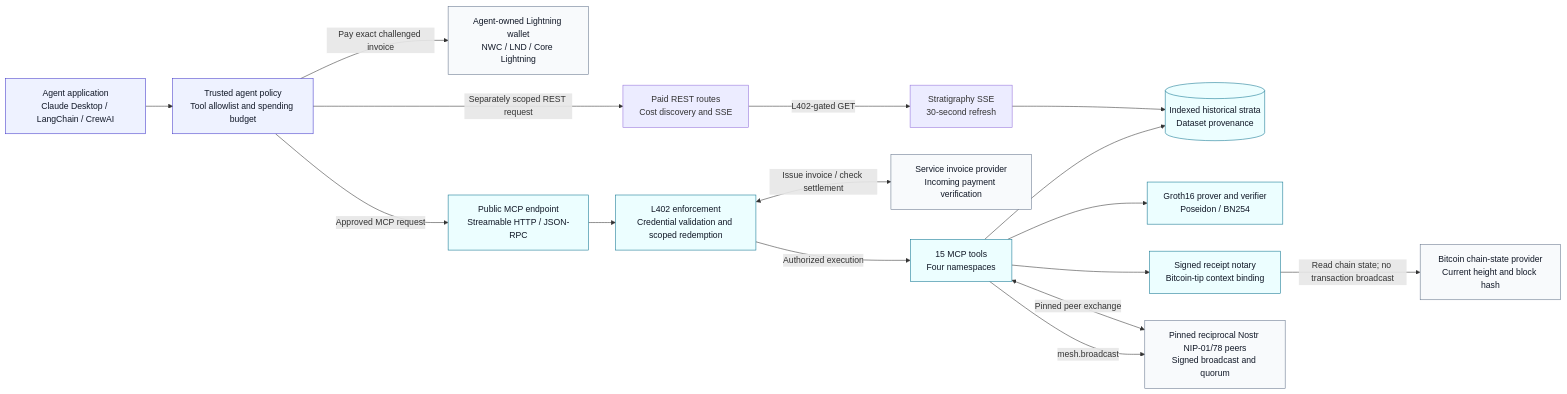
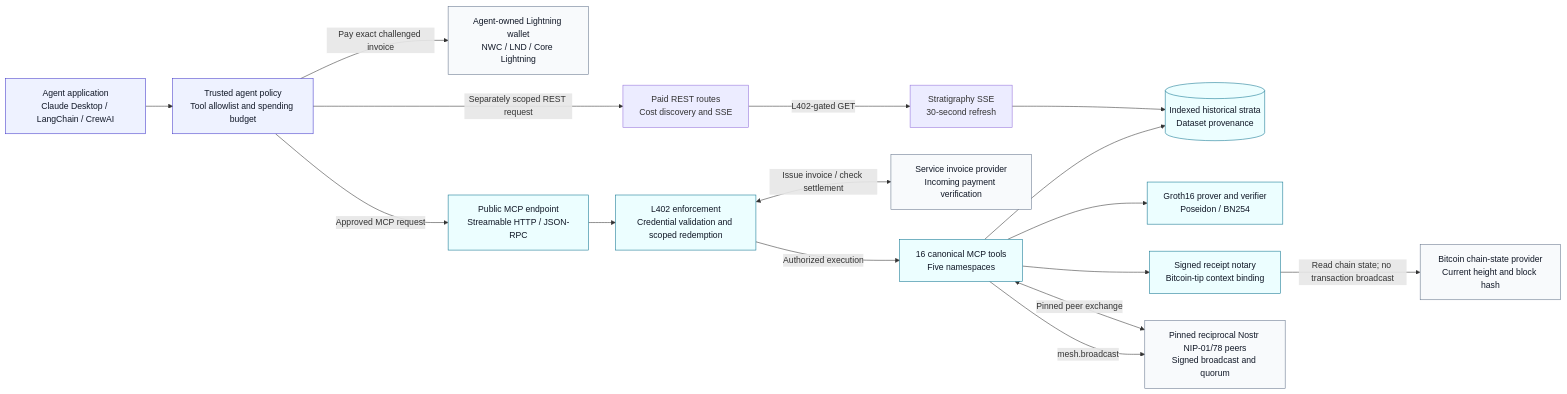
One commit to CharlesStrogish/bitcoin-stratigraphy-mcp changed the first of 4 diagrams in docs/ARCHITECTURE.md. Above: the diagram before and after it, drawn with Mermaid. The commit also changed other lines of this file and 9 other files, not shown here.

Commit message:
Document 16-tool enterprise MCP architecture and security upgrades

````diff
--- a/docs/ARCHITECTURE.md
+++ b/docs/ARCHITECTURE.md
@@ -48,40 +48,40 @@
 ```mermaid
 flowchart LR
     Agent["Agent application<br/>Claude Desktop / LangChain / CrewAI"]
     Policy["Trusted agent policy<br/>Tool allowlist and spending budget"]
     Payer["Agent-owned Lightning wallet<br/>NWC / LND / Core Lightning"]
     Gateway["Public MCP endpoint<br/>Streamable HTTP / JSON-RPC"]
     Gate["L402 enforcement<br/>Credential validation and scoped redemption"]
-    Tools["15 MCP tools<br/>Four namespaces"]
+    Tools["16 canonical MCP tools<br/>Five namespaces"]
     Data[("Indexed historical strata<br/>Dataset provenance")]
     ZK["Groth16 prover and verifier<br/>Poseidon / BN254"]
     Notary["Signed receipt notary<br/>Bitcoin-tip context binding"]
     Tip["Bitcoin chain-state provider<br/>Current height and block hash"]
     Mesh["Pinned reciprocal Nostr NIP-01/78 peers<br/>Signed broadcast and quorum"]
     Issuer["Service invoice provider<br/>Incoming payment verification"]
     Rest["Paid REST routes<br/>Cost discovery and SSE"]
     Stream["Stratigraphy SSE<br/>30-second refresh"]
 
     Agent --> Policy
     Policy -->|"Approved MCP request"| Gateway
     Policy -->|"Separately scoped REST request"| Rest
     Policy -->|"Pay exact challenged invoice"| Payer
     Gateway --> Gate
     Gate <-->|"Issue invoice / check settlement"| Issuer
     Gate -->|"Authorized execution"| Tools
     Tools --> Data
     Tools --> ZK
     Tools --> Notary
     Notary -->|"Read chain state; no transaction broadcast"| Tip
     Tools -->|"mesh.broadcast"| Mesh
     Mesh <-->|"Pinned peer exchange"| Tools
     Rest -->|"L402-gated GET"| Stream
     Stream --> Data
 
     classDef agent fill:#eef2ff,stroke:#4338ca,color:#111827;
     classDef service fill:#ecfeff,stroke:#0e7490,color:#111827;
     classDef external fill:#f8fafc,stroke:#64748b,color:#111827;
     class Agent,Policy agent;
     class Gateway,Gate,Tools,Data,ZK,Notary service;
     class Payer,Tip,Mesh,Issuer external;
 ```
````
